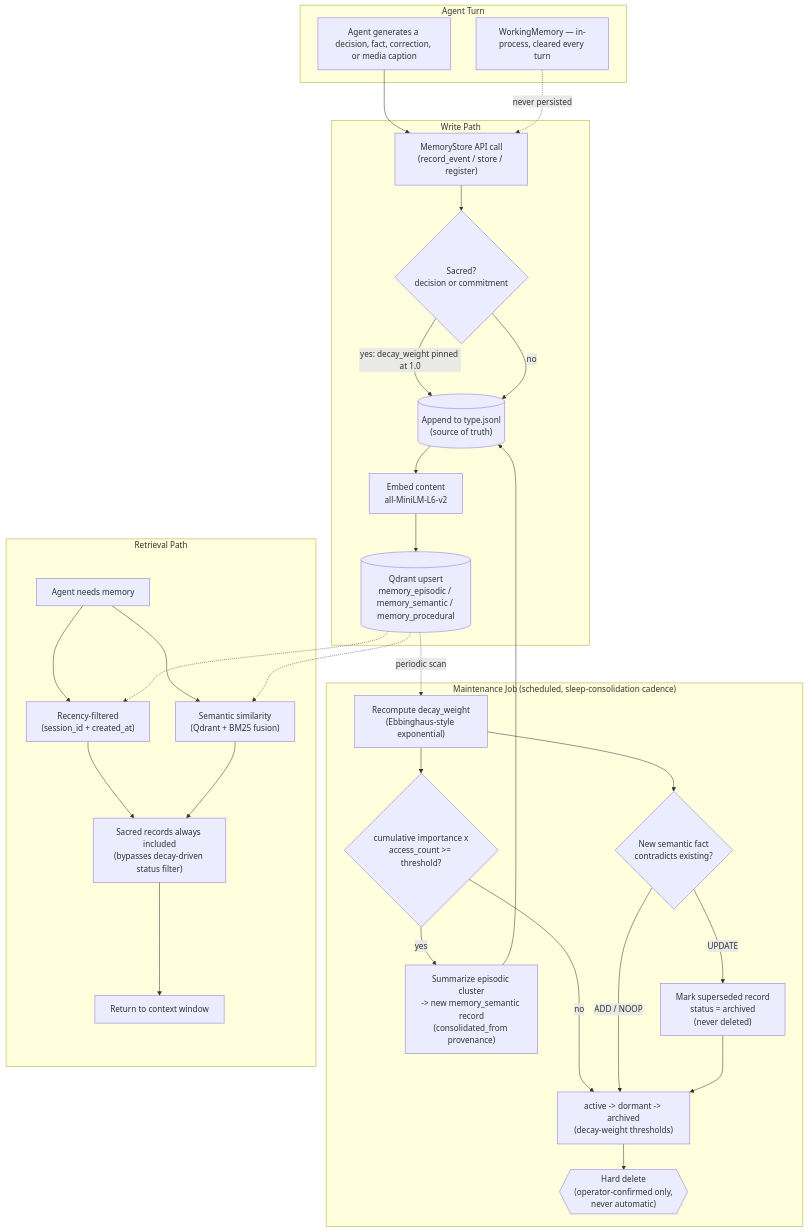
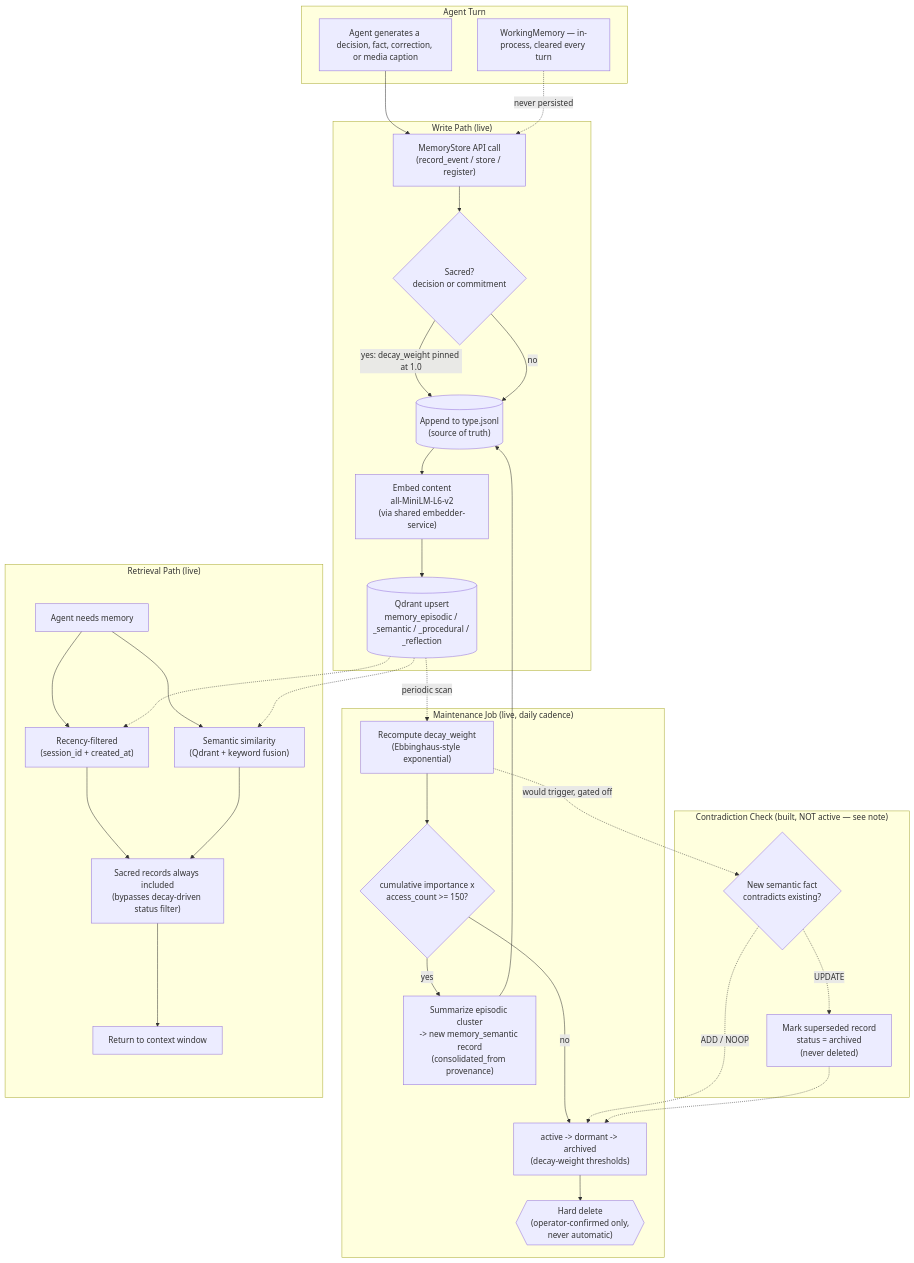
One commit to PhoenixNest/AGENT-GLOBAL-BASE changed the first of 4 diagrams in core-component-00/telescope/2026-07-10-agent-memory-architecture/supporting/04-workflow-diagrams.md. Above: the diagram before and after it, drawn with Mermaid. The commit also changed other lines of this file and 42 other files, not shown here.

````diff
--- a/core-component-00/telescope/2026-07-10-agent-memory-architecture/supporting/04-workflow-diagrams.md
+++ b/core-component-00/telescope/2026-07-10-agent-memory-architecture/supporting/04-workflow-diagrams.md
@@ -16,60 +15,63 @@
 ```mermaid
 graph TB
     subgraph "Agent Turn"
         AgentAction[Agent generates a decision, fact, correction, or media caption]
         WorkingMem[WorkingMemory — in-process, cleared every turn]
     end
 
-    subgraph "Write Path"
+    subgraph "Write Path (live)"
         MemStoreCall["MemoryStore API call\n(record_event / store / register)"]
         SacredCheck{Sacred?\ndecision or commitment}
         JSONLAppend[("Append to type.jsonl\n(source of truth)")]
-        Embed[Embed content\nall-MiniLM-L6-v2]
-        QdrantUpsert[("Qdrant upsert\nmemory_episodic / memory_semantic / memory_procedural")]
+        Embed["Embed content\nall-MiniLM-L6-v2\n(via shared embedder-service)"]
+        QdrantUpsert[("Qdrant upsert\nmemory_episodic / _semantic / _procedural / _reflection")]
     end
 
-    subgraph "Maintenance Job (scheduled, sleep-consolidation cadence)"
+    subgraph "Maintenance Job (live, daily cadence)"
         DecayRecompute["Recompute decay_weight\n(Ebbinghaus-style exponential)"]
-        ConsolidationCheck{"cumulative importance x\naccess_count >= threshold?"}
+        ConsolidationCheck{"cumulative importance x\naccess_count >= 150?"}
         Consolidate["Summarize episodic cluster\n-> new memory_semantic record\n(consolidated_from provenance)"]
-        ContradictionCheck{"New semantic fact\ncontradicts existing?"}
-        Invalidate["Mark superseded record\nstatus = archived\n(never deleted)"]
         StatusTransition["active -> dormant -> archived\n(decay-weight thresholds)"]
         ManualGC{{"Hard delete\n(operator-confirmed only,\nnever automatic)"}}
     end
 
-    subgraph "Retrieval Path"
+    subgraph "Contradiction Check (built, NOT active — see note)"
+        ContradictionCheck{"New semantic fact\ncontradicts existing?"}
+        Invalidate["Mark superseded record\nstatus = archived\n(never deleted)"]
+    end
+
+    subgraph "Retrieval Path (live)"
         Query[Agent needs memory]
         RecencyFilter["Recency-filtered\n(session_id + created_at)"]
-        SemanticSearch["Semantic similarity\n(Qdrant + BM25 fusion)"]
+        SemanticSearch["Semantic similarity\n(Qdrant + keyword fusion)"]
         SacredMerge["Sacred records always included\n(bypasses decay-driven status filter)"]
         Return[Return to context window]
     end
 
     AgentAction --> MemStoreCall
     WorkingMem -.never persisted.-> MemStoreCall
     MemStoreCall --> SacredCheck
     SacredCheck -->|yes: decay_weight pinned at 1.0| JSONLAppend
     SacredCheck -->|no| JSONLAppend
     JSONLAppend --> Embed
     Embed --> QdrantUpsert
 
     QdrantUpsert -.periodic scan.-> DecayRecompute
     DecayRecompute --> ConsolidationCheck
     ConsolidationCheck -->|yes| Consolidate
     Consolidate --> JSONLAppend
     ConsolidationCheck -->|no| StatusTransition
-    DecayRecompute --> ContradictionCheck
-    ContradictionCheck -->|UPDATE| Invalidate
-    ContradictionCheck -->|ADD / NOOP| StatusTransition
-    Invalidate --> StatusTransition
+    DecayRecompute -.would trigger, gated off.-> ContradictionCheck
+    ContradictionCheck -.UPDATE.-> Invalidate
+    ContradictionCheck -.ADD / NOOP.-> StatusTransition
+    Invalidate -.-> StatusTransition
     StatusTransition --> ManualGC
 
     Query --> RecencyFilter
     Query --> SemanticSearch
     RecencyFilter --> SacredMerge
     SemanticSearch --> SacredMerge
     QdrantUpsert -.-> RecencyFilter
     QdrantUpsert -.-> SemanticSearch
     SacredMerge --> Return
 ```
````
